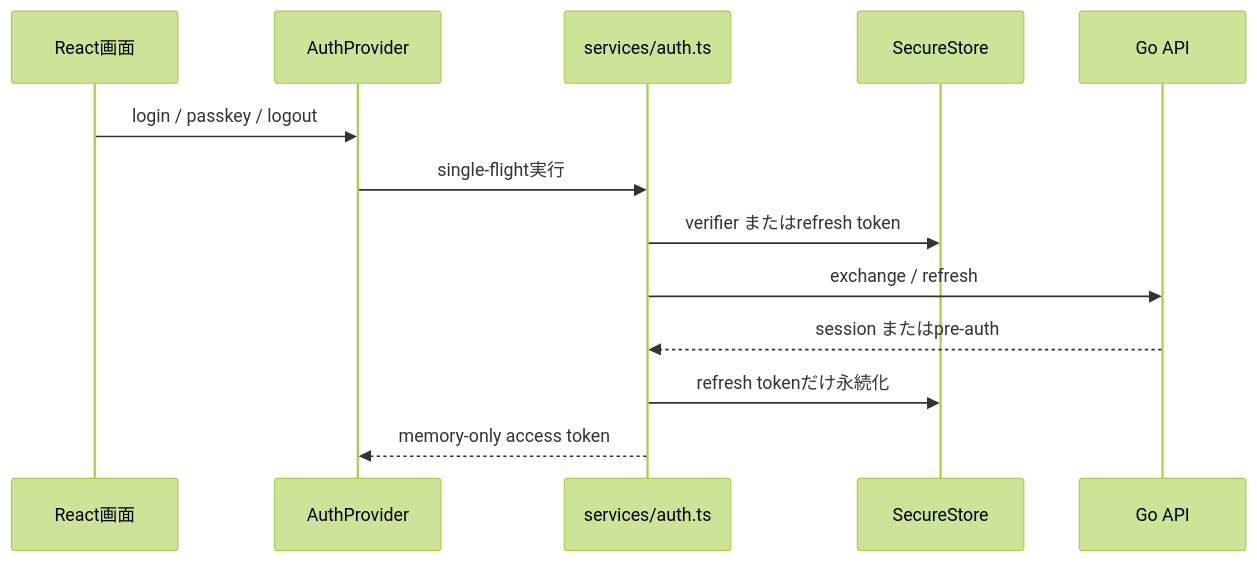
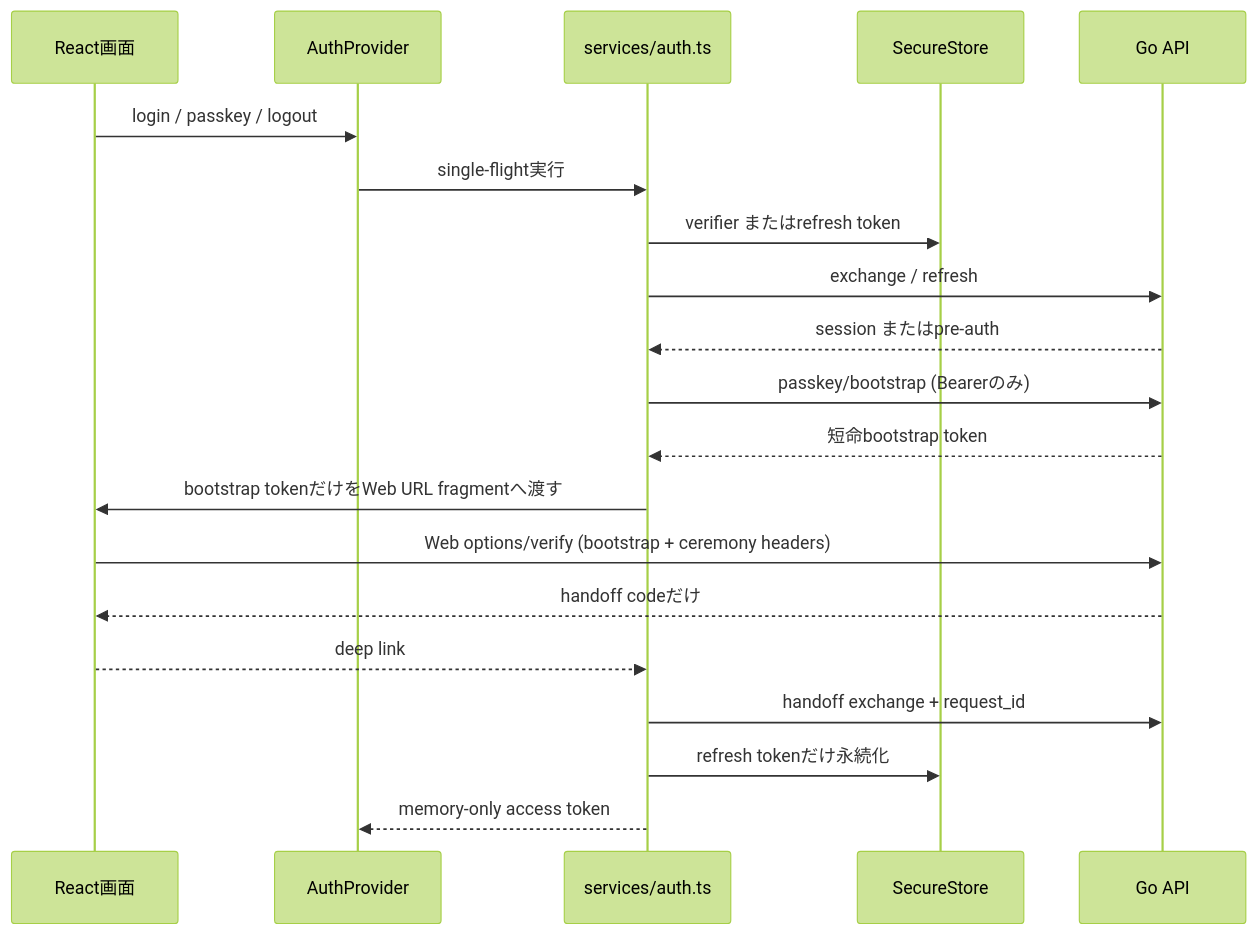
One commit to Tornado2026-team-j/Samurai-meet changed the diagram in docs/ai/frontend/integration.md. Above: the diagram before and after it, drawn with Mermaid (forest theme). The commit also changed other lines of this file and 11 other files, not shown here.

````diff
--- a/docs/ai/frontend/integration.md
+++ b/docs/ai/frontend/integration.md
@@ -5,15 +5,22 @@
 ```mermaid
 sequenceDiagram
   participant UI as React画面
   participant Hook as AuthProvider
   participant Auth as services/auth.ts
   participant SS as SecureStore
   participant API as Go API
   UI->>Hook: login / passkey / logout
   Hook->>Auth: single-flight実行
   Auth->>SS: verifier またはrefresh token
   Auth->>API: exchange / refresh
   API-->>Auth: session またはpre-auth
+  Auth->>API: passkey/bootstrap (Bearerのみ)
+  API-->>Auth: 短命bootstrap token
+  Auth->>UI: bootstrap tokenだけをWeb URL fragmentへ渡す
+  UI->>API: Web options/verify (bootstrap + ceremony headers)
+  API-->>UI: handoff codeだけ
+  UI-->>Auth: deep link
+  Auth->>API: handoff exchange + request_id
   Auth->>SS: refresh tokenだけ永続化
   Auth-->>Hook: memory-only access token
 ```
````
